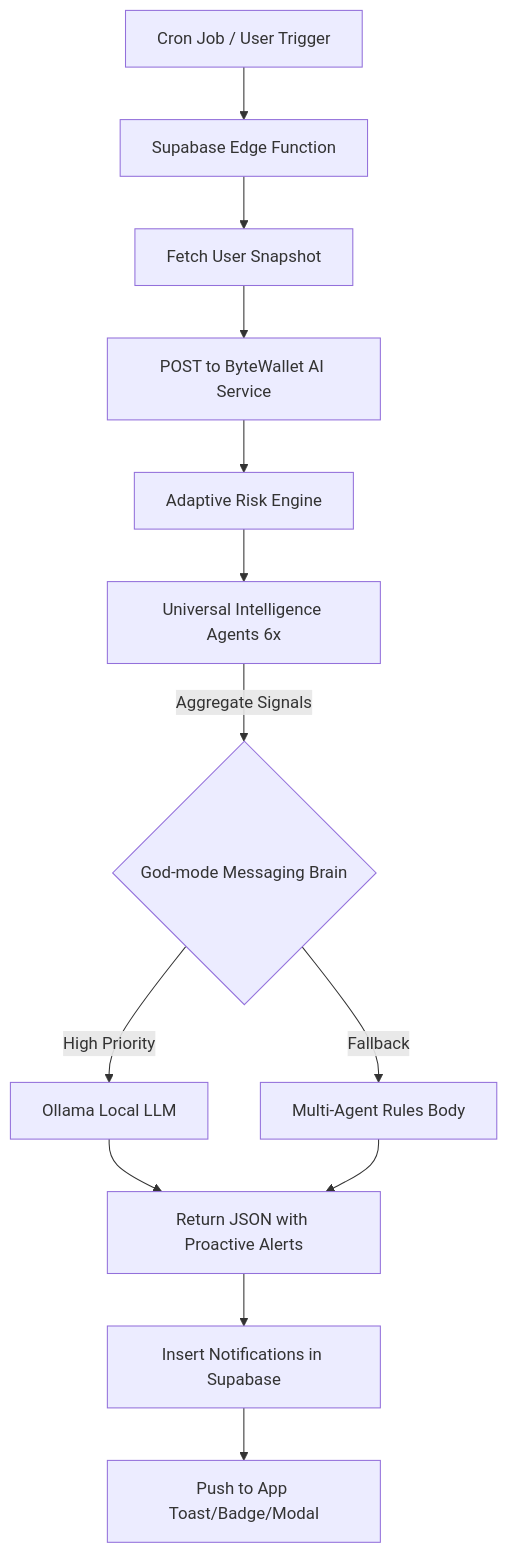
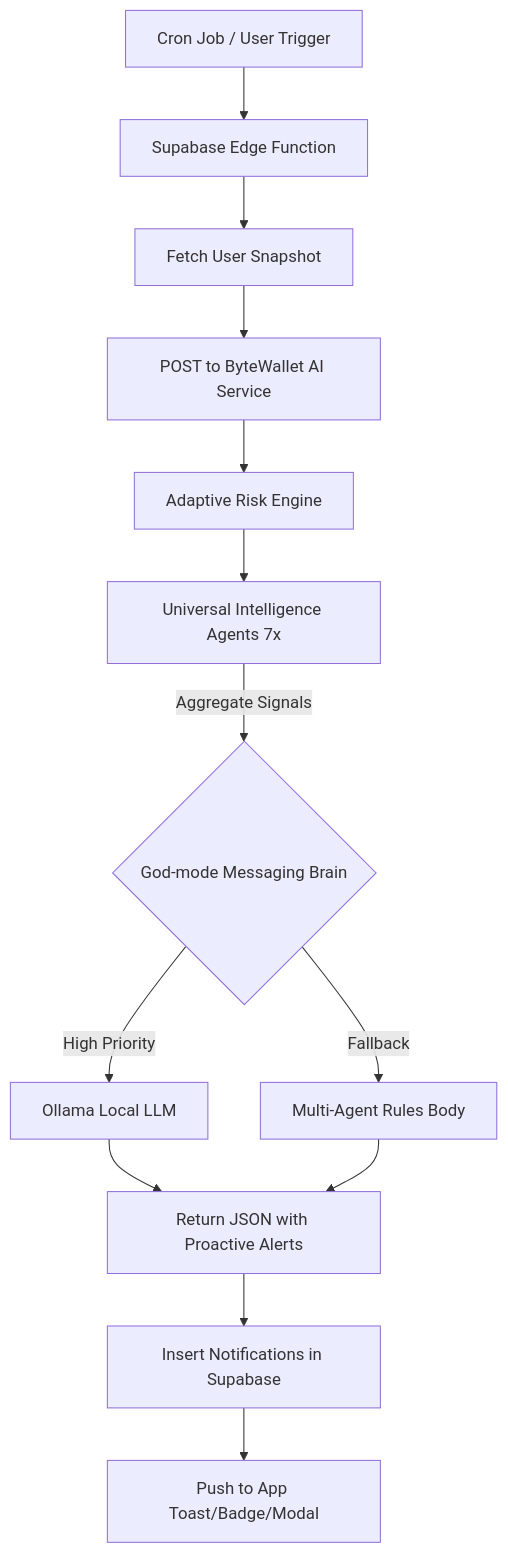
One commit to SmtTheSE/ByteWalletAI changed the diagram in docs/AI_BURN_RATE_FLOW_SPEC.md. Above: the diagram before and after it, drawn with Mermaid. The commit also changed other lines of this file and 4 other files, not shown here.

````diff
--- a/docs/AI_BURN_RATE_FLOW_SPEC.md
+++ b/docs/AI_BURN_RATE_FLOW_SPEC.md
@@ -15,14 +10,14 @@
 ```mermaid
 graph TD
     A[Cron Job / User Trigger] --> B[Supabase Edge Function]
     B --> C[Fetch User Snapshot]
     C --> D[POST to ByteWallet AI Service]
     D --> E[Adaptive Risk Engine]
-    E --> F[Universal Intelligence Agents 6x]
+    E --> F[Universal Intelligence Agents 7x]
     F --> |Aggregate Signals| G{God-mode Messaging Brain}
     G --> |High Priority| H[Ollama Local LLM]
     G --> |Fallback| I[Multi-Agent Rules Body]
     H & I --> J[Return JSON with Proactive Alerts]
     J --> K[Insert Notifications in Supabase]
     K --> L[Push to App Toast/Badge/Modal]
 ```
````
